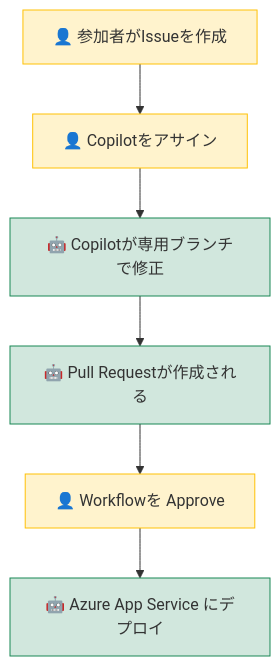
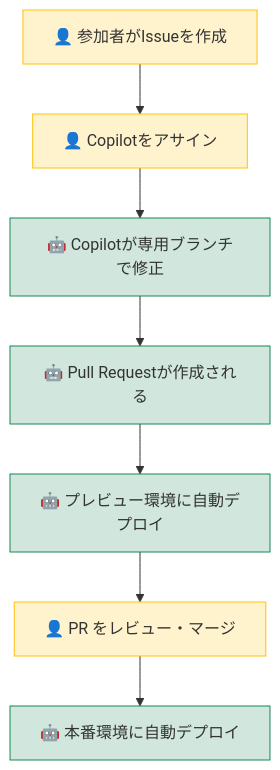
Before and after one commit to kanazawazawa/issue-driven-workshop-template: the first of 2 diagrams in WORKSHOP.md, drawn with Mermaid. The commit also changed other lines of this file and 2 other files, not shown here.

````diff
--- a/WORKSHOP.md
+++ b/WORKSHOP.md
@@ -7,15 +7,17 @@
 ```mermaid
 graph TD
     A[👤 参加者がIssueを作成] --> B[👤 Copilotをアサイン]
     B --> C[🤖 Copilotが専用ブランチで修正]
     C --> D[🤖 Pull Requestが作成される]
-    D --> E[👤 Workflowを Approve]
-    E --> F[🤖 Azure App Service にデプロイ]
-    
+    D --> E[🤖 プレビュー環境に自動デプロイ]
+    E --> F[👤 PR をレビュー・マージ]
+    F --> G[🤖 本番環境に自動デプロイ]
+
     style A fill:#fff3cd,stroke:#ffc107
     style B fill:#fff3cd,stroke:#ffc107
-    style E fill:#fff3cd,stroke:#ffc107
+    style F fill:#fff3cd,stroke:#ffc107
     style C fill:#d1e7dd,stroke:#198754
     style D fill:#d1e7dd,stroke:#198754
-    style F fill:#d1e7dd,stroke:#198754
+    style E fill:#d1e7dd,stroke:#198754
+    style G fill:#d1e7dd,stroke:#198754
 ```
````
